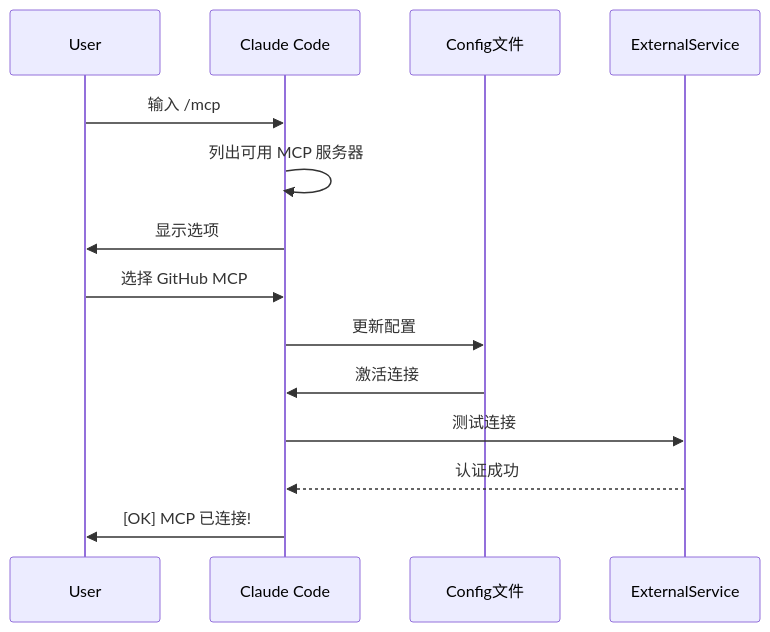
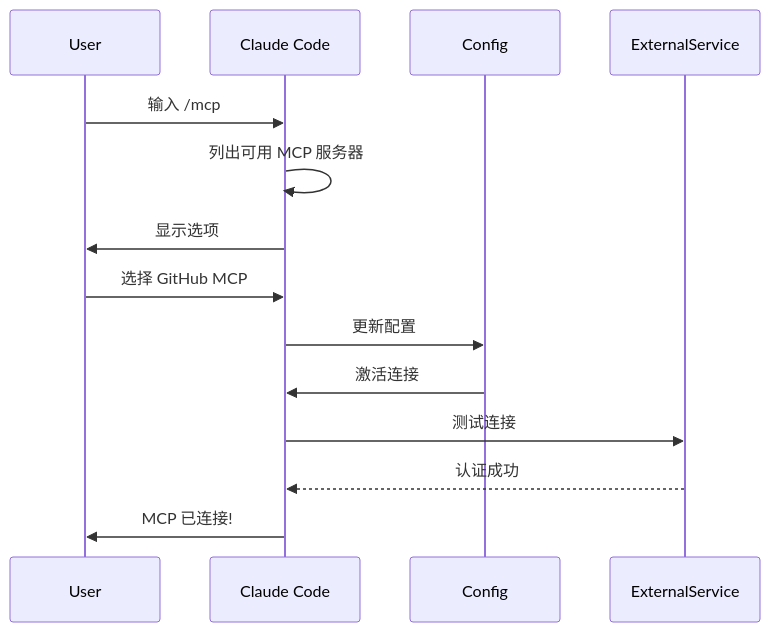
One commit to Rx782-Fss/claude-howto-zh changed diagram 14 of 31 in claude_concepts_guide.md. Above: the diagram before and after it, drawn with Mermaid. The commit also changed other lines of this file and 104 other files, not shown here.

````diff
--- a/claude_concepts_guide.md
+++ b/claude_concepts_guide.md
@@ -980,17 +969,17 @@
 ```mermaid
 sequenceDiagram
     participant User
     participant Claude as Claude Code
-    participant Config as Config文件
+    participant Config as Config
     participant Service as ExternalService
 
     User->>Claude: 输入 /mcp
     Claude->>Claude: 列出可用 MCP 服务器
     Claude->>User: 显示选项
     User->>Claude: 选择 GitHub MCP
     Claude->>Config: 更新配置
     Config->>Claude: 激活连接
     Claude->>Service: 测试连接
     Service-->>Claude: 认证成功
-    Claude->>User: [OK] MCP 已连接!
+    Claude->>User:  MCP 已连接!
 ```
````
